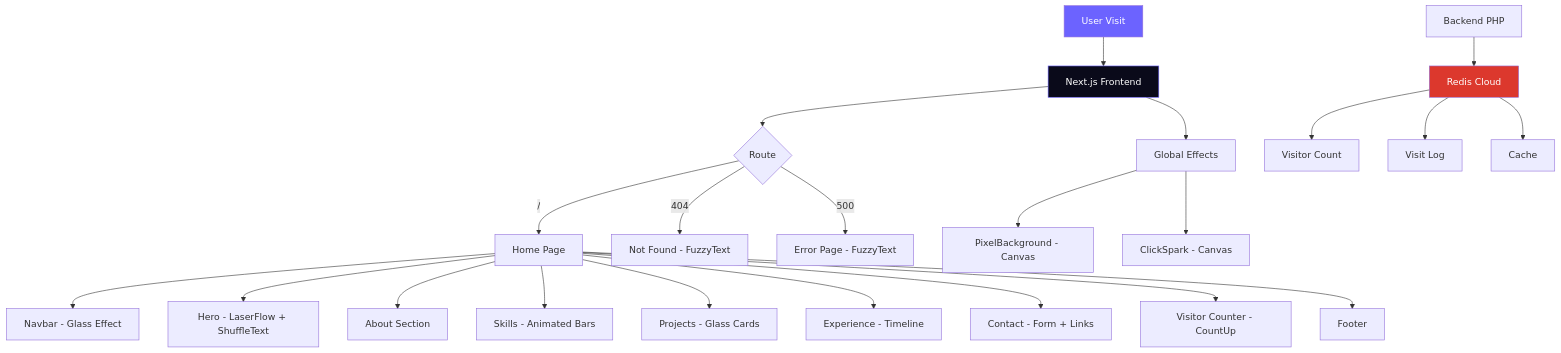
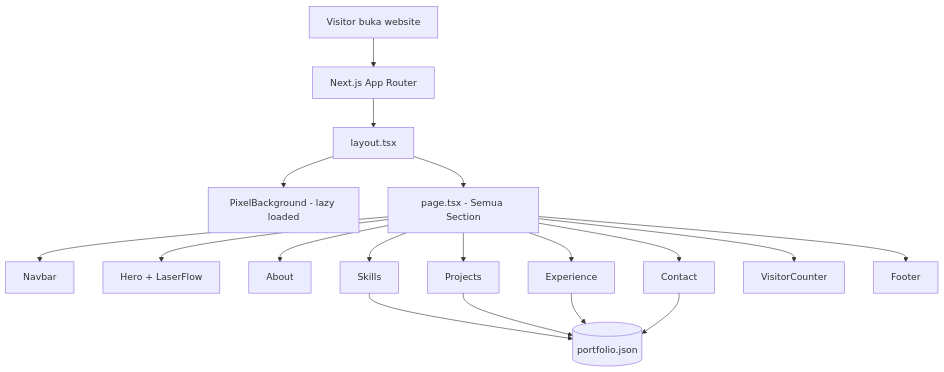
One commit to el-pablos/web-porto-salsa changed the diagram in README.md. Above: the diagram before and after it, drawn with Mermaid. The commit also changed other lines of this file, not shown here.

Commit message:
docs: update readme lengkap sesuai revisi portfolio data analyst

````diff
--- a/README.md
+++ b/README.md
@@ -74,31 +74,20 @@
 ```mermaid
 graph TD
-    A[User Visit] --> B[Next.js Frontend]
-    B --> C{Route}
-    C -->|/| D[Home Page]
-    C -->|404| E[Not Found - FuzzyText]
-    C -->|500| F[Error Page - FuzzyText]
-
-    D --> G[Navbar - Glass Effect]
-    D --> H[Hero - LaserFlow + ShuffleText]
-    D --> I[About Section]
-    D --> J[Skills - Animated Bars]
-    D --> K[Projects - Glass Cards]
-    D --> L[Experience - Timeline]
-    D --> M[Contact - Form + Links]
-    D --> N[Visitor Counter - CountUp]
-    D --> O[Footer]
-
-    B --> P[Global Effects]
-    P --> Q[PixelBackground - Canvas]
-    P --> R[ClickSpark - Canvas]
-
-    S[Backend PHP] --> T[Redis Cloud]
-    T --> U[Visitor Count]
-    T --> V[Visit Log]
-    T --> W[Cache]
-
-    style A fill:#6C63FF,color:#fff
-    style B fill:#0a0a1a,stroke:#6C63FF,color:#fff
-    style T fill:#DC382D,color:#fff
+    A[Visitor buka website] --> B[Next.js App Router]
+    B --> C[layout.tsx]
+    C --> D[PixelBackground - lazy loaded]
+    C --> E[page.tsx - Semua Section]
+    E --> F[Navbar]
+    E --> G[Hero + LaserFlow]
+    E --> H[About]
+    E --> I[Skills]
+    E --> J[Projects]
+    E --> K[Experience]
+    E --> L[Contact]
+    E --> M[VisitorCounter]
+    E --> N[Footer]
+    I --> O[(portfolio.json)]
+    J --> O
+    K --> O
+    L --> O
 ```
````
